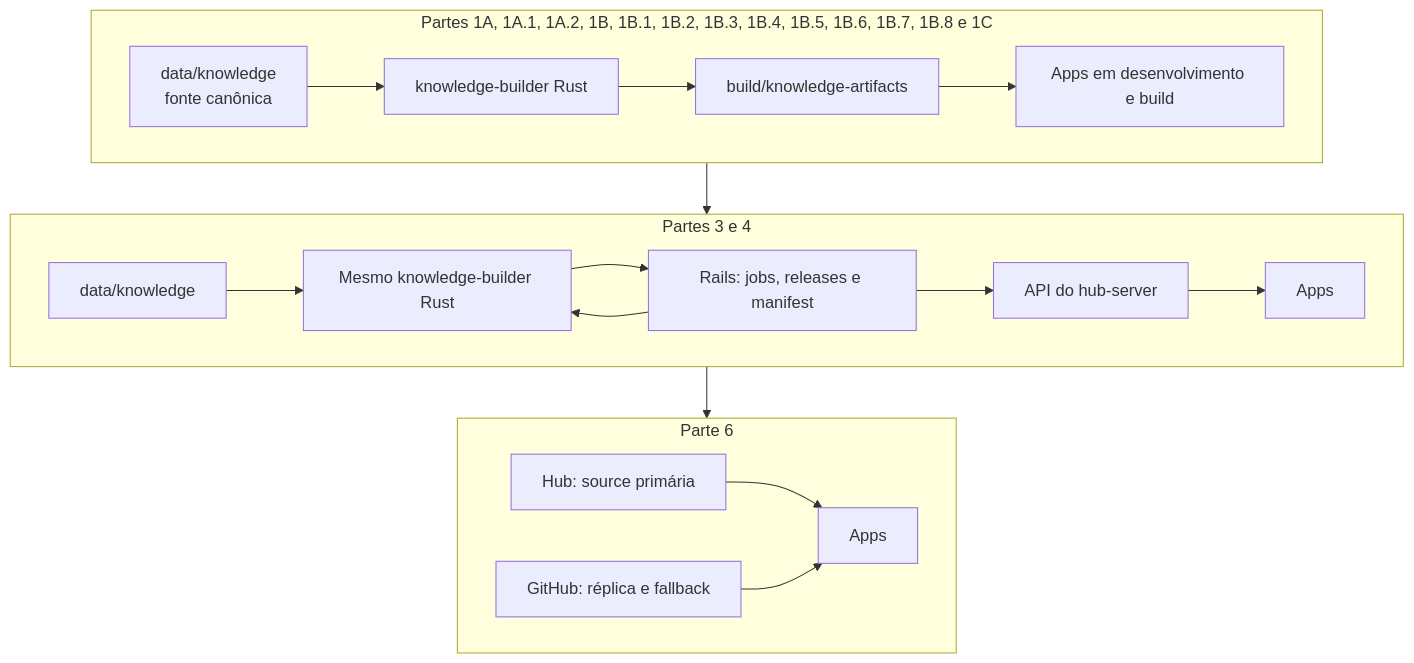
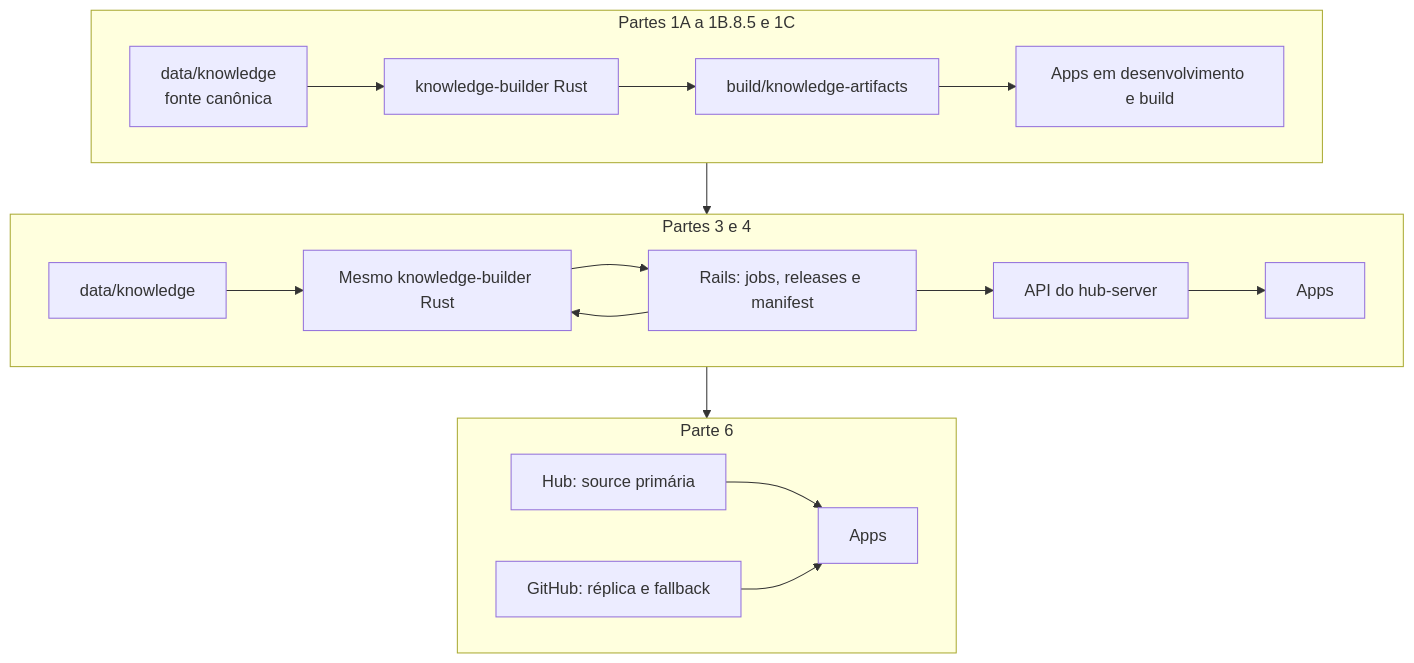
One commit to migmoroni/veterinary-clinic changed the second of 3 diagrams in docs/plans/hub-server/README.md. Above: the diagram before and after it, drawn with Mermaid. The commit also changed other lines of this file and 14 other files, not shown here.

````diff
--- a/docs/plans/hub-server/README.md
+++ b/docs/plans/hub-server/README.md
@@ -68,23 +77,23 @@
 ```mermaid
 flowchart TB
-    subgraph S1["Partes 1A, 1A.1, 1A.2, 1B, 1B.1, 1B.2, 1B.3, 1B.4, 1B.5, 1B.6, 1B.7, 1B.8 e 1C"]
+    subgraph S1["Partes 1A a 1B.8.5 e 1C"]
         D1["data/knowledge<br/>fonte canônica"] --> G1["knowledge-builder Rust"]
         G1 --> B1["build/knowledge-artifacts"]
         B1 --> A1["Apps em desenvolvimento e build"]
     end
 
     subgraph S2["Partes 3 e 4"]
         D2["data/knowledge"] --> G2["Mesmo knowledge-builder Rust"]
         R2["Rails: jobs, releases e manifest"] --> G2
         G2 --> R2
         R2 --> H2["API do hub-server"]
         H2 --> A2["Apps"]
     end
 
     subgraph S3["Parte 6"]
         H3["Hub: source primária"] --> A3["Apps"]
         GH3["GitHub: réplica e fallback"] --> A3
     end
 
     S1 --> S2 --> S3
 ```
````
